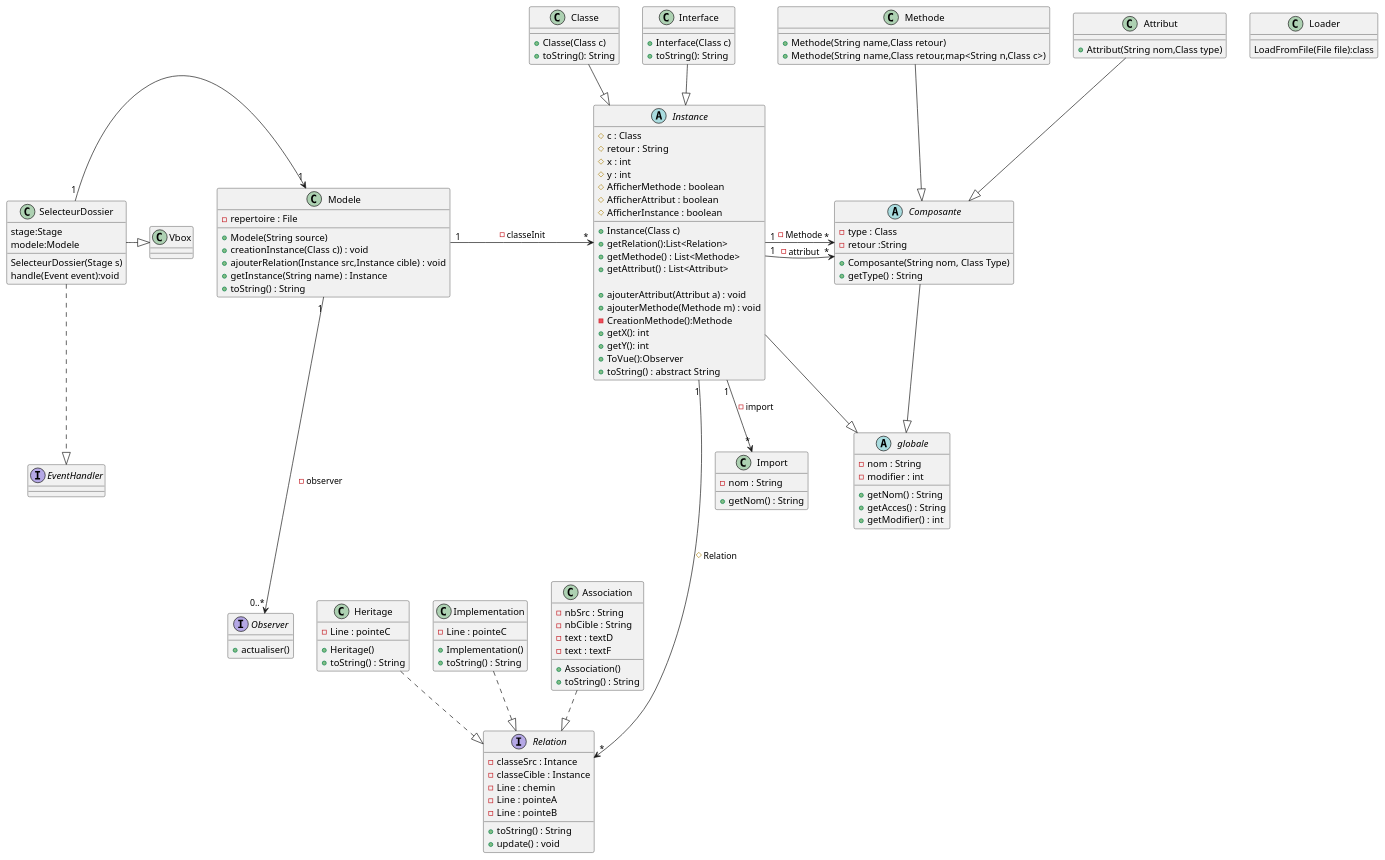
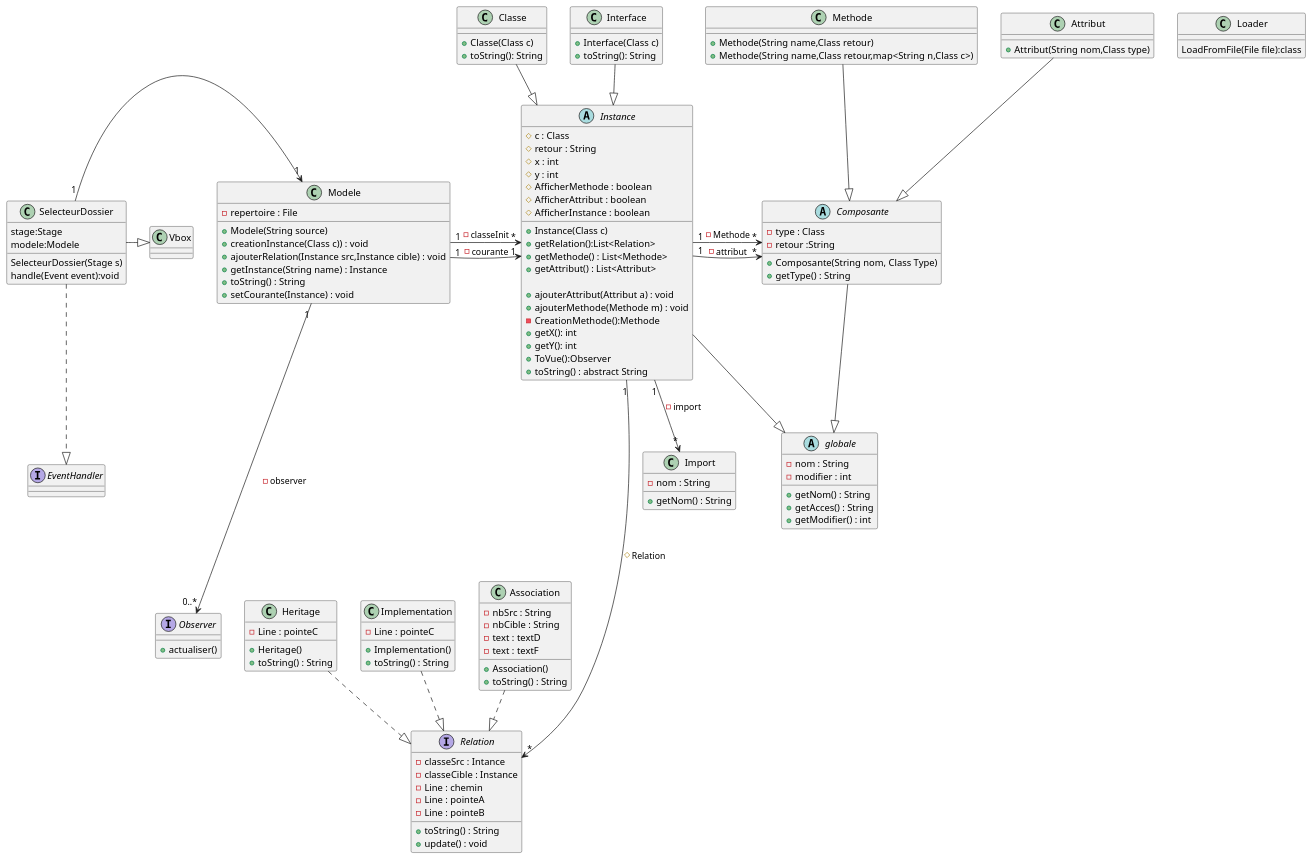
One commit to Cedran-Bastien/GENERATION-AUTOMATIQUE-DE-DIAGRAMME-DE-CLASSES changed the diagram in demo/Conception/Sprint_4/Class_4.puml. Above: the diagram before and after it, drawn with PlantUML. The commit also changed 7 other files, not shown here.

```diff
--- a/demo/Conception/Sprint_4/Class_4.puml
+++ b/demo/Conception/Sprint_4/Class_4.puml
@@ -1,138 +1,140 @@
 @startuml
 'https://plantuml.com/sequence-diagram
 
 abstract Instance{
     #c : Class
     #retour : String
     #x : int
     #y : int
     #AfficherMethode : boolean
     #AfficherAttribut : boolean
     #AfficherInstance : boolean
 
     +Instance(Class c)
     +getRelation():List<Relation>
     +getMethode() : List<Methode>
     +getAttribut() : List<Attribut>
 
     +ajouterAttribut(Attribut a) : void
     +ajouterMethode(Methode m) : void
     -CreationMethode():Methode
     +getX(): int
     +getY(): int
     +ToVue():Observer
     +toString() : abstract String
 }
 class Loader{
 LoadFromFile(File file):class
 }
 class Classe{
     +Classe(Class c)
     +toString(): String
 }
 
 class Interface{
     +Interface(Class c)
     +toString(): String
 }
 
 abstract Composante{
     -type : Class
     -retour :String
     +Composante(String nom, Class Type)
     +getType() : String
 
 }
 
 class Methode{
     +Methode(String name,Class retour)
     +Methode(String name,Class retour,map<String n,Class c>)
 }
 
 class Attribut{
     +Attribut(String nom,Class type)
 }
 
 class Import{
     -nom : String
     +getNom() : String
 }
 
 class Modele{
     -repertoire : File
     +Modele(String source)
     +creationInstance(Class c)) : void
     +ajouterRelation(Instance src,Instance cible) : void
     +getInstance(String name) : Instance
     +toString() : String
+    +setCourante(Instance) : void
 }
 
 interface Relation{
     -classeSrc : Intance
     -classeCible : Instance
     -Line : chemin
     -Line : pointeA
     -Line : pointeB
     +toString() : String
     +update() : void
 }
 
 class Heritage{
     -Line : pointeC
     +Heritage()
     +toString() : String
 }
 
 class Implementation{
     -Line : pointeC
     +Implementation()
     +toString() : String
 }
 
 class Association {
     -nbSrc : String
     -nbCible : String
     -text : textD
     -text : textF
     +Association()
     +toString() : String
 }
 
 abstract globale{
     -nom : String
     -modifier : int
     +getNom() : String
     +getAcces() : String
     +getModifier() : int
 }
 
 interface Observer{
     +actualiser()
 }
 class SelecteurDossier{
 stage:Stage
 modele:Modele
 SelecteurDossier(Stage s)
 handle(Event event):void
 }
 interface EventHandler
+Modele"1"->"1"Instance:-courante
 SelecteurDossier "1"->"1"Modele
 SelecteurDossier -|> Vbox
 SelecteurDossier ..|>EventHandler
 Modele "1" ---> "0..*" Observer : -observer
 Instance--|>globale
 Composante--|>globale
 Modele "1" -> "*" Instance  : -classeInit
 Instance "1" -> "*" Composante : -attribut
 Instance "1" -> "*" Composante : -Methode
 Instance "1" --> "*" Import : -import
 Classe --|> Instance
 Interface --|> Instance
 Methode --|> Composante
 Attribut --|> Composante
 Instance "1" ----> "*"  Relation : #Relation
 Association ..|> Relation
 Heritage ..|> Relation
 Implementation ..|> Relation
 
 @enduml
```
